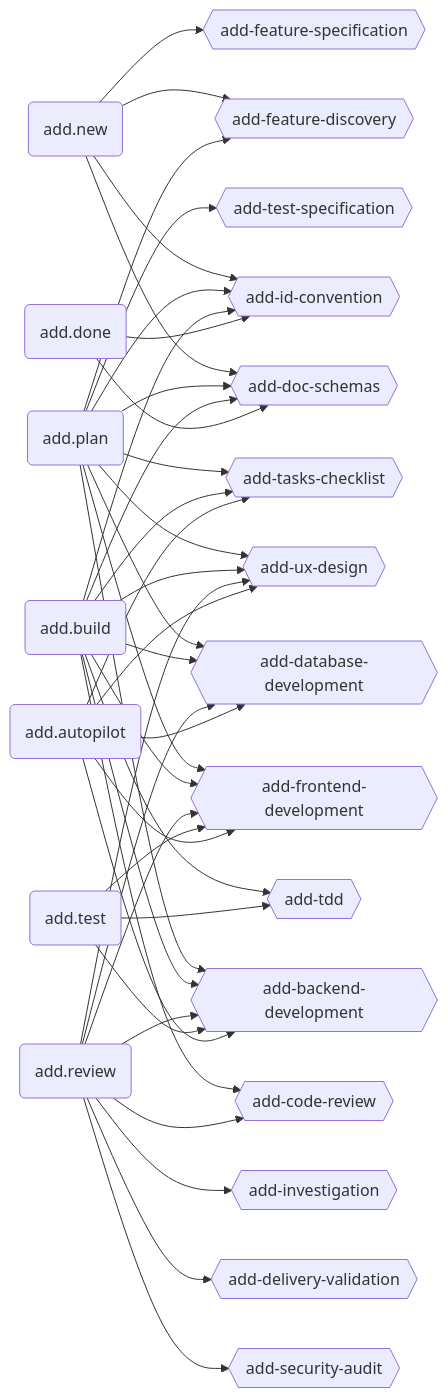
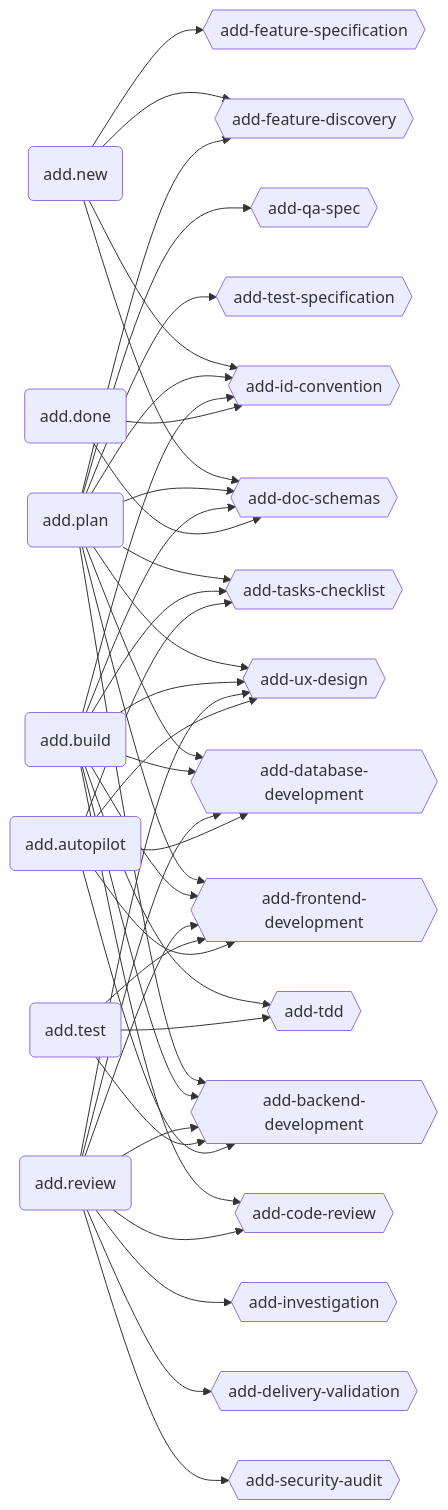
The first of 4 diagrams in ecosystem.md (brabos-ai/code-addiction), drawn with Mermaid before and after one commit. The commit also changed other lines of this file and 5 other files, not shown here.

````diff
--- a/ecosystem.md
+++ b/ecosystem.md
@@ -15,34 +15,35 @@
 ```mermaid
 graph LR
   NEW(add.new)
   PLAN(add.plan)
   BUILD(add.build)
   REVIEW(add.review)
   DONE(add.done)
   TEST(add.test)
   AUTO(add.autopilot)
 
   DS{{add-doc-schemas}}
   ID{{add-id-convention}}
   TC{{add-tasks-checklist}}
   BE{{add-backend-development}}
   FE{{add-frontend-development}}
   DB{{add-database-development}}
   UX{{add-ux-design}}
   CR{{add-code-review}}
   SA{{add-security-audit}}
   DV{{add-delivery-validation}}
   IV{{add-investigation}}
   FD{{add-feature-discovery}}
   FS{{add-feature-specification}}
   TDD{{add-tdd}}
   TSPEC{{add-test-specification}}
+  QSPEC{{add-qa-spec}}
 
   NEW --> DS & ID & FD & FS
-  PLAN --> DS & ID & TC & BE & FE & DB & UX & FD & TSPEC
+  PLAN --> DS & ID & TC & BE & FE & DB & UX & FD & TSPEC & QSPEC
   BUILD --> DS & ID & TC & BE & FE & DB & UX & CR & TDD
   REVIEW --> CR & BE & FE & DB & UX & SA & DV & IV
   DONE --> DS & ID
   TEST --> BE & FE & TDD
   AUTO --> TC & BE & FE & DB & UX
 ```
````
